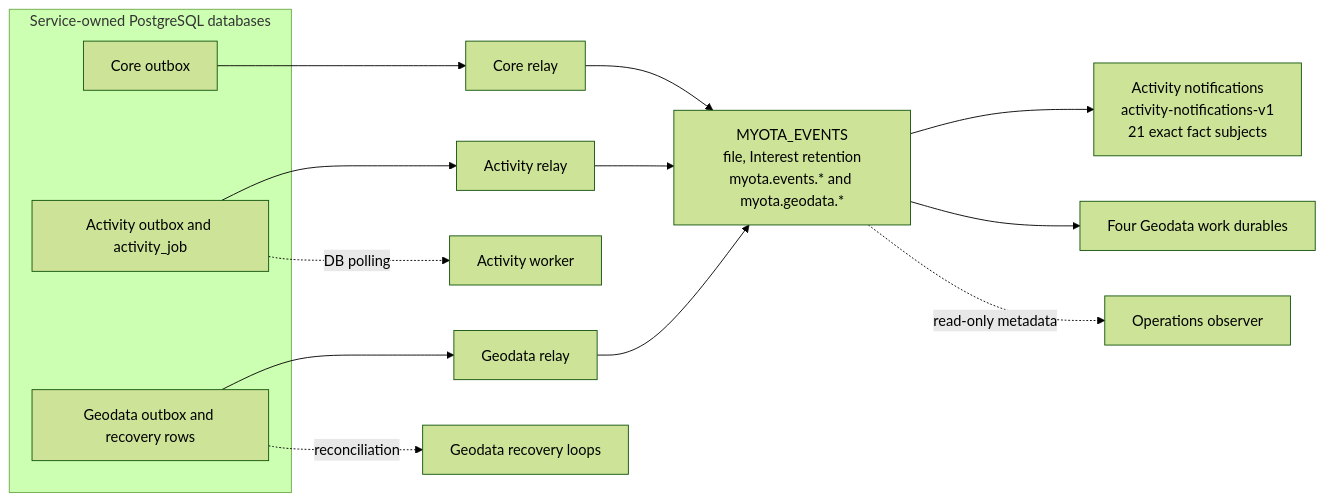
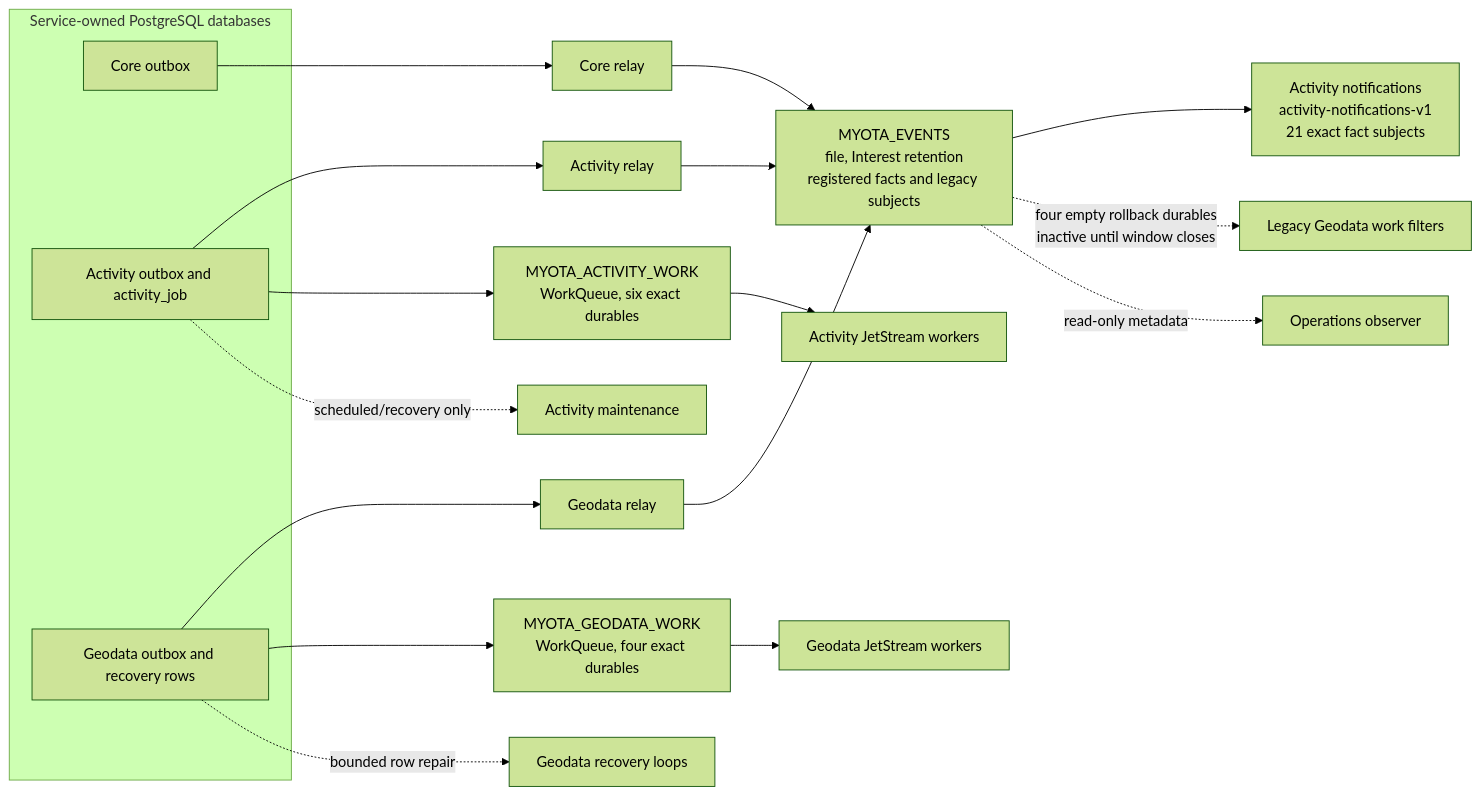
One commit to myota-platform/myota-docs changed the first of 3 diagrams in docs/architecture/diagrams/nats-event-migration.md. Above: the diagram before and after it, drawn with Mermaid (forest theme). The commit also changed other lines of this file, not shown here.

Commit message:
docs(nats): update topology diagram for Geodata cutover

````diff
--- a/docs/architecture/diagrams/nats-event-migration.md
+++ b/docs/architecture/diagrams/nats-event-migration.md
@@ -11,19 +11,23 @@
 ```mermaid
 flowchart LR
   subgraph DB[Service-owned PostgreSQL databases]
     C[Core outbox]
     A[Activity outbox and activity_job]
     G[Geodata outbox and recovery rows]
   end
   C --> RC[Core relay]
   A --> RA[Activity relay]
   G --> RG[Geodata relay]
-  RC --> E[MYOTA_EVENTS<br/>file, Interest retention<br/>myota.events.* and myota.geodata.*]
+  RC --> E[MYOTA_EVENTS<br/>file, Interest retention<br/>registered facts and legacy subjects]
   RA --> E
   RG --> E
   E --> N[Activity notifications<br/>activity-notifications-v1<br/>21 exact fact subjects]
-  E --> GW[Four Geodata work durables]
-  A -. DB polling .-> AW[Activity worker]
-  G -. reconciliation .-> GR[Geodata recovery loops]
+  E -. four empty rollback durables<br/>inactive until window closes .-> L[Legacy Geodata work filters]
+  A --> AS[MYOTA_ACTIVITY_WORK<br/>WorkQueue, six exact durables]
+  G --> GS[MYOTA_GEODATA_WORK<br/>WorkQueue, four exact durables]
+  AS --> AW[Activity JetStream workers]
+  GS --> GW[Geodata JetStream workers]
+  A -. scheduled/recovery only .-> AR[Activity maintenance]
+  G -. bounded row repair .-> GR[Geodata recovery loops]
   E -. read-only metadata .-> O[Operations observer]
 ```
````
